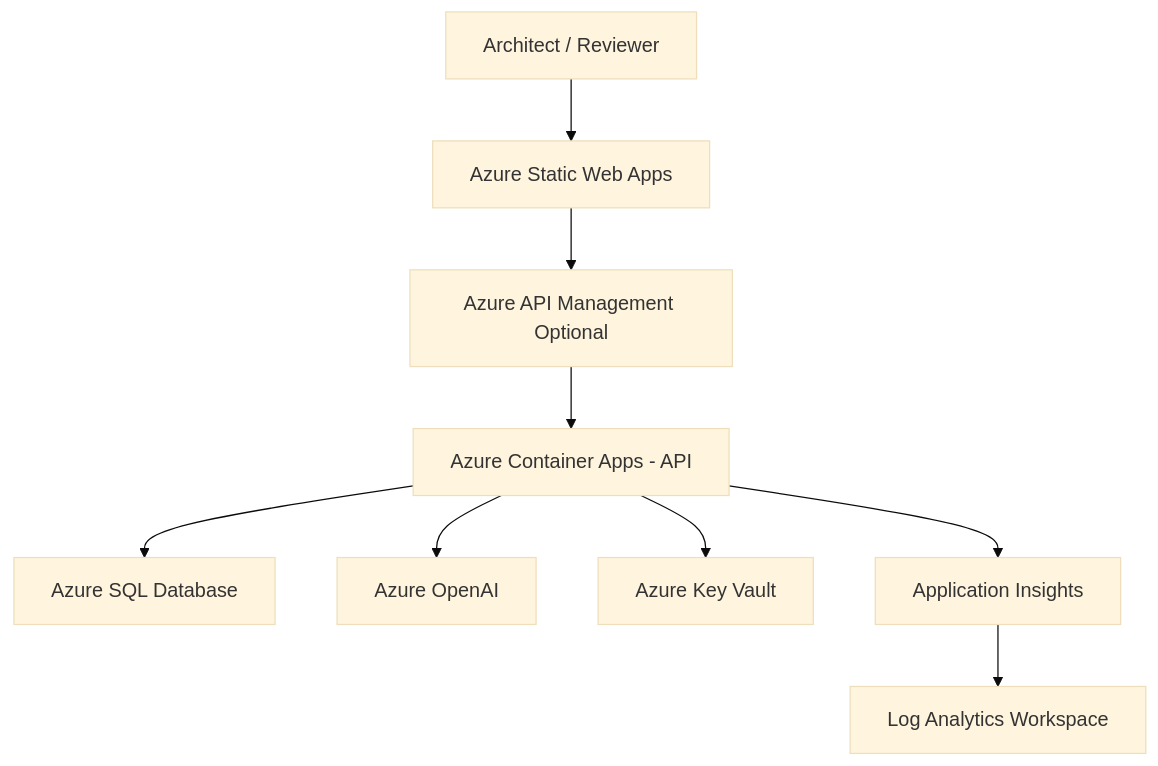
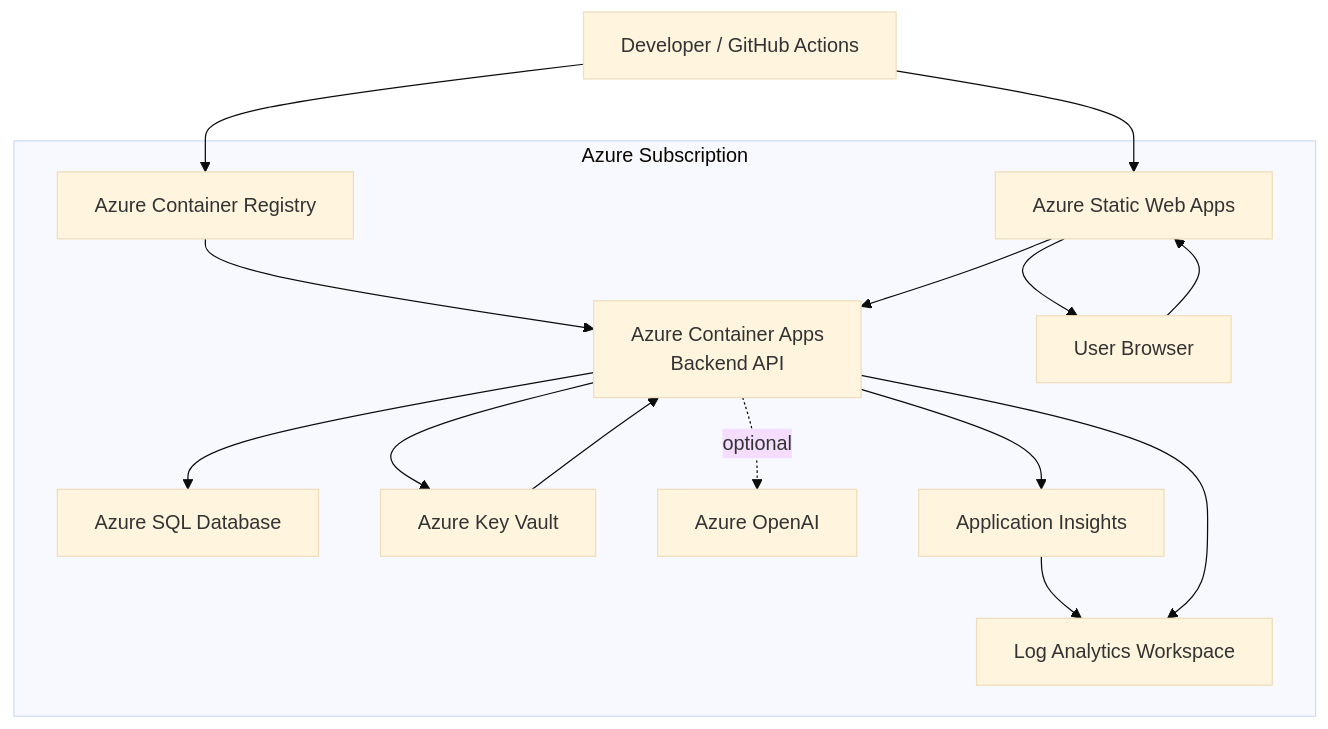
Before and after one commit to majikoushik/ai-assisted-architecture-governance: the diagram in architecture/diagrams/azure-deployment.md, drawn with Mermaid (base theme). The commit also changed other lines of this file and 67 other files, not shown here.

````diff
--- a/architecture/diagrams/azure-deployment.md
+++ b/architecture/diagrams/azure-deployment.md
@@ -3,11 +3,20 @@
 ```mermaid
 flowchart TB
-    User[Architect / Reviewer] --> SWA[Azure Static Web Apps]
-    SWA --> APIM[Azure API Management Optional]
-    APIM --> ACA[Azure Container Apps - API]
-    ACA --> SQL[Azure SQL Database]
-    ACA --> AOAI[Azure OpenAI]
-    ACA --> KV[Azure Key Vault]
-    ACA --> AI[Application Insights]
-    AI --> LAW[Log Analytics Workspace]
+    Dev["Developer / GitHub Actions"] --> ACR["Azure Container Registry"]
+    Dev --> SWA["Azure Static Web Apps"]
+
+    subgraph Azure["Azure Subscription"]
+        ACR --> ACA["Azure Container Apps\nBackend API"]
+        SWA --> Browser["User Browser"]
+        Browser --> SWA
+        SWA --> ACA
+        ACA --> SQL["Azure SQL Database"]
+        ACA --> KV["Azure Key Vault"]
+        ACA -. optional .-> AOAI["Azure OpenAI"]
+        ACA --> AI["Application Insights"]
+        AI --> LAW["Log Analytics Workspace"]
+        ACA --> LAW
+    end
+
+    KV --> ACA
 ```
````
